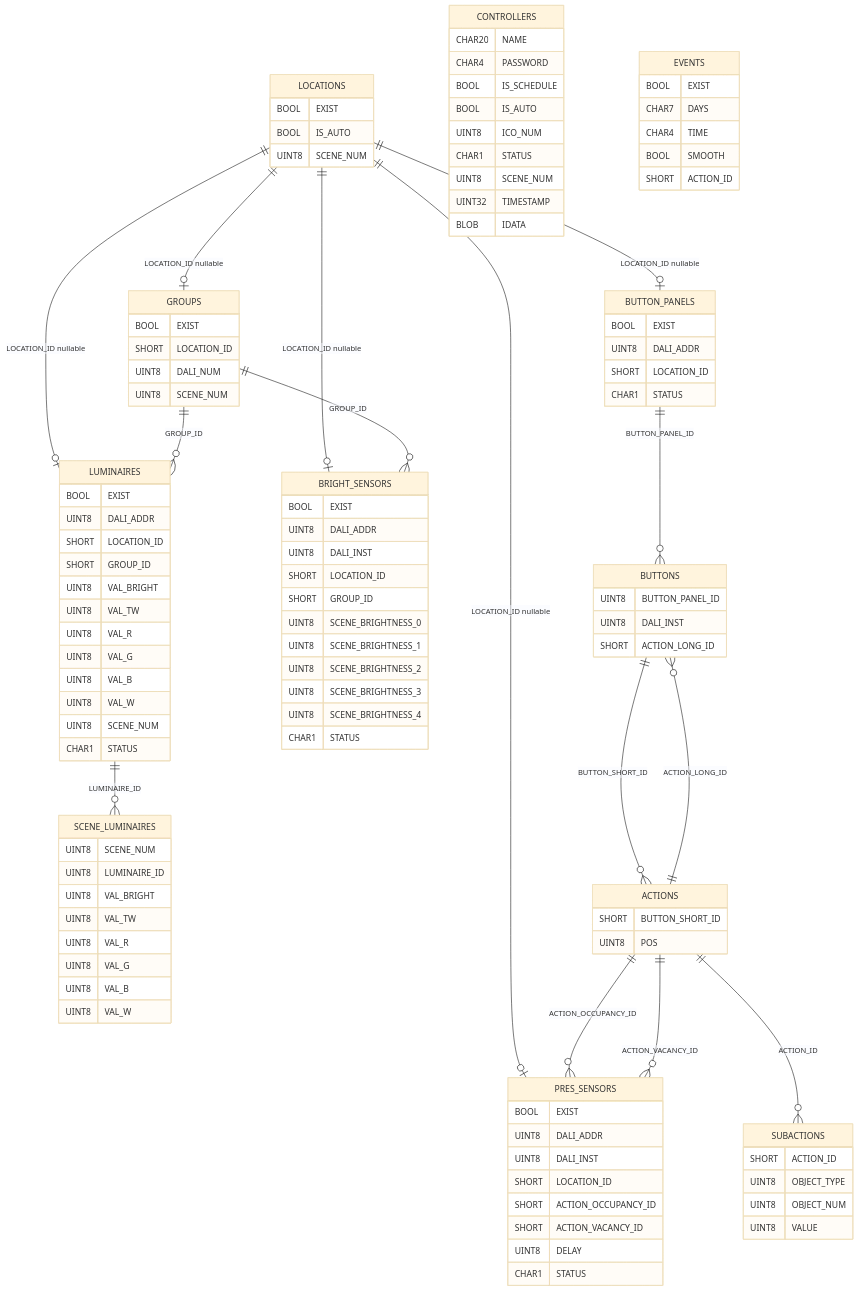
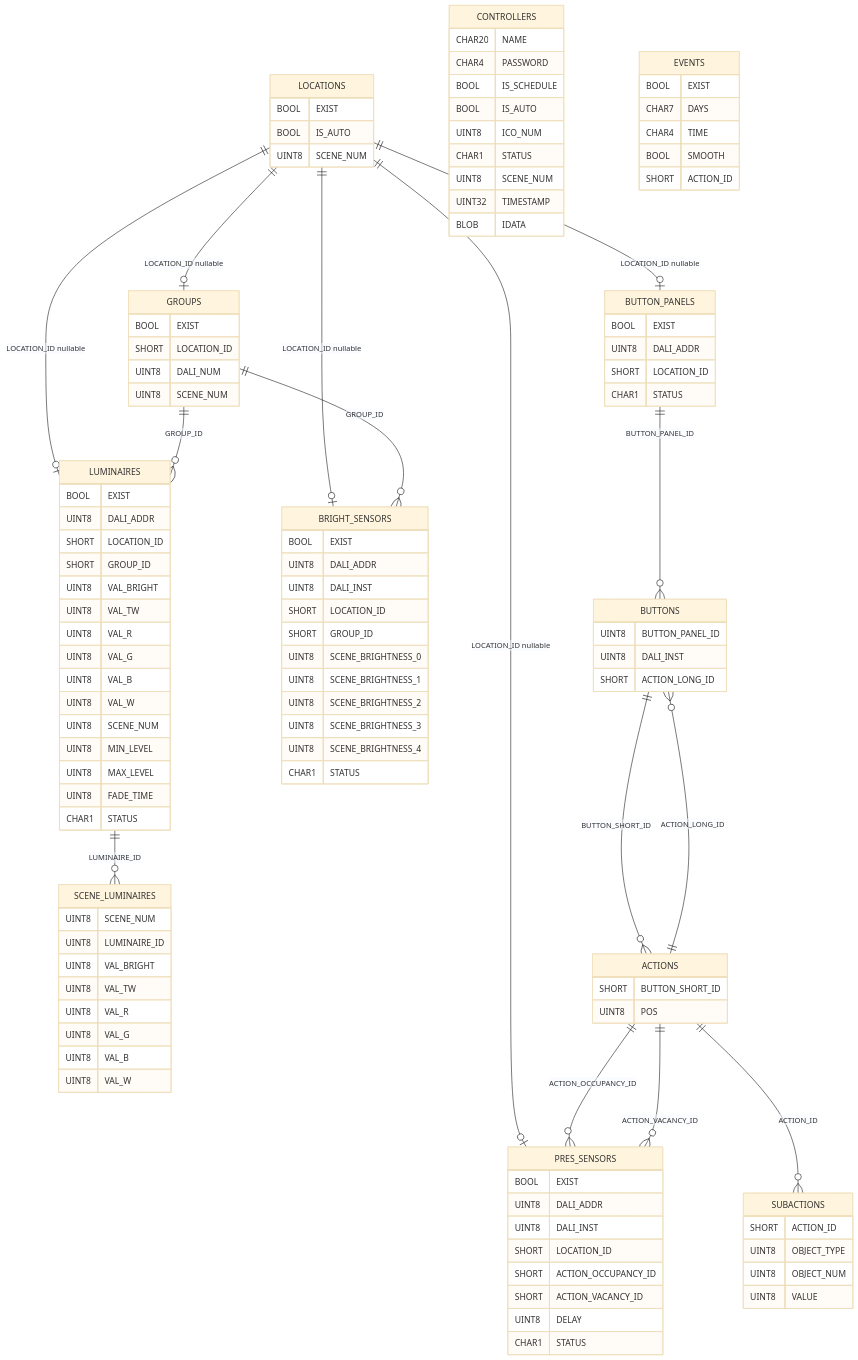
Before and after one commit to KhudyakovAlex/Synapse: the diagram in PDS/SynapsePDS_FW_DB_scheme.md, drawn with Mermaid (base theme). The commit also changed other lines of this file and 14 other files, not shown here.

Commit message:
Add MIN_LEVEL, MAX_LEVEL, FADE_TIME fields to LUMINAIRES table

```diff
--- a/PDS/SynapsePDS_FW_DB_scheme.md
+++ b/PDS/SynapsePDS_FW_DB_scheme.md
@@ -58,6 +58,9 @@
         UINT8 VAL_B
         UINT8 VAL_W
         UINT8 SCENE_NUM
+        UINT8 MIN_LEVEL
+        UINT8 MAX_LEVEL
+        UINT8 FADE_TIME
         CHAR1 STATUS
     }
 
```
